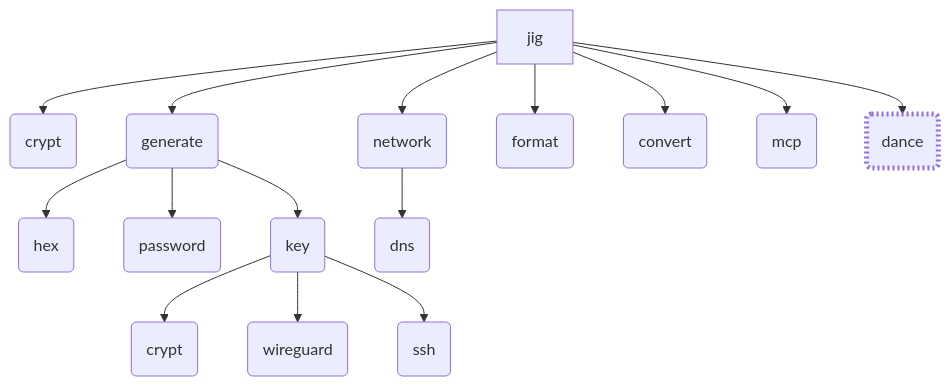
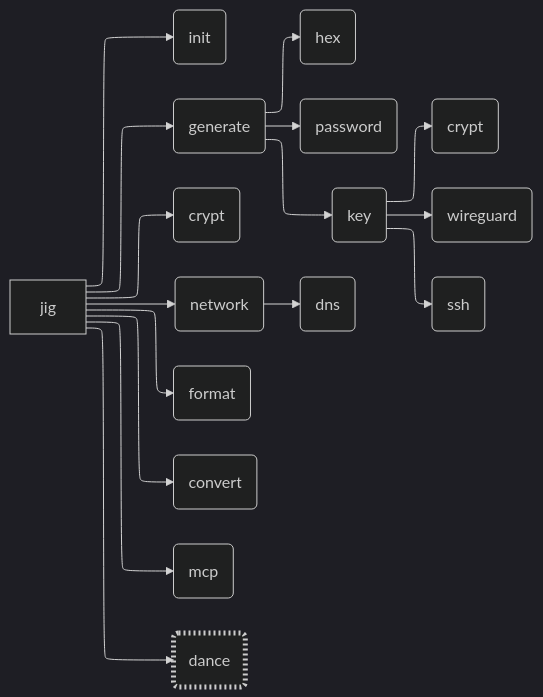
The diagram in README.md (daveio/jig), drawn with Mermaid before and after one commit. The commit also changed other lines of this file, not shown here.

Commit message:
📝 Improve README documentation structure and mermaid diagram
Reorganized the rmcp section with better indentation and added a new
'init' command to the command tree. Updated the mermaid diagram with
dark theme configuration and elk layout for better visualization. The
command numbering has been adjusted to accommodate the new init command
while maintaining logical grouping of related functionality.

````diff
--- a/README.md
+++ b/README.md
@@ -29,19 +30,25 @@
 ```mermaid
-graph TD
-  A[jig] --> 1(crypt)
-  A --> 3(generate)
-    3 --> 3A(hex)
-    3 --> 3B(password)
-    3 --> 3C(key)
-      3C --> 3C1(crypt)
-      3C --> 3C2(wireguard)
-      3C --> 3C3(ssh)
+---
+config:
+  theme: dark
+  layout: elk
+---
+graph LR
+  A[jig] --> 1(init)
+  A --> 2(generate)
+    2 --> 2A(hex)
+    2 --> 2B(password)
+    2 --> 2C(key)
+      2C --> 2C1(crypt)
+      2C --> 2C2(wireguard)
+      2C --> 2C3(ssh)
+  A --> 3(crypt)
   A --> 4(network)
     4 --> 4A(dns)
   A --> 5(format)
   A --> 6(convert)
   A --> 7(mcp)
   A --> 8(dance)
 
   style 8 stroke-dasharray: 2 3,stroke-width: 5px
 ```
````
